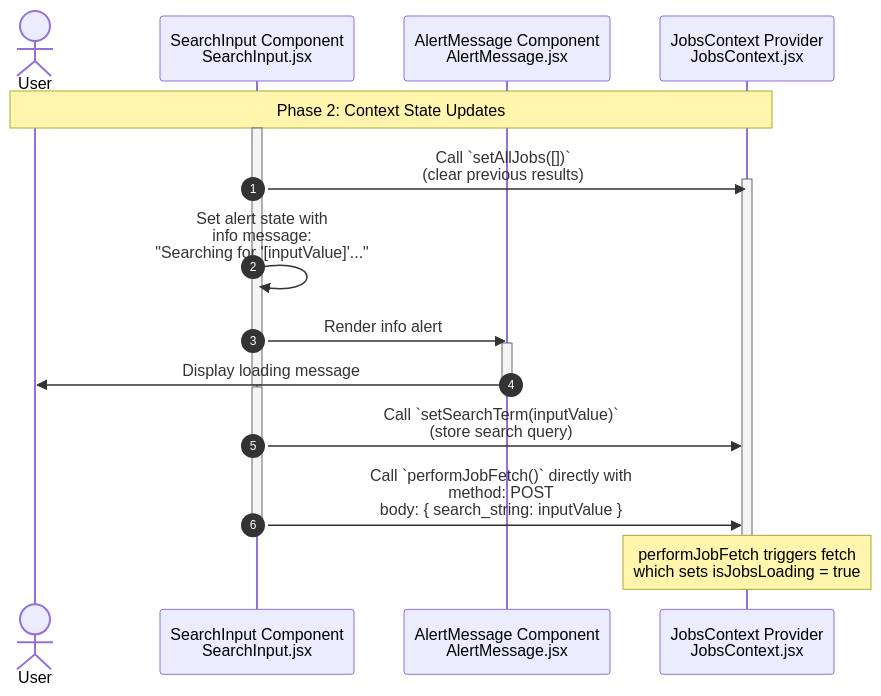
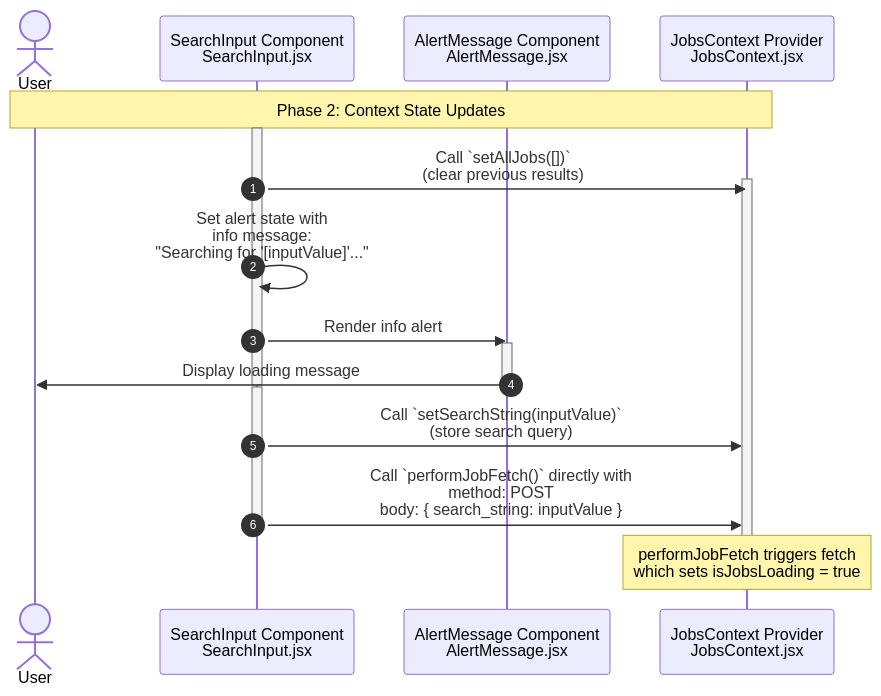
One commit to YahyaAl-Ademi/2025.10.23-JobCompass changed the diagram in documentation/jobFetch/2.Context State Updates.md. Above: the diagram before and after it, drawn with Mermaid. The commit also changed 4 other files, not shown here.

Commit message:
Refactor search terminology: rename 'searchTerm' to 'searchString' for consistency across components and documentation

````diff
--- a/documentation/jobFetch/2.Context State Updates.md
+++ b/documentation/jobFetch/2.Context State Updates.md
@@ -7,37 +7,37 @@
 ```mermaid
 sequenceDiagram
     autonumber
     actor User
     %% File paths:
     %% SearchInput: client/src/components/SearchInput/SearchInput.jsx
     %% AlertMessage: client/src/components/AlertMessage/AlertMessage.jsx
     %% JobsContext: client/src/context/JobsContext.jsx
     participant SearchInput as SearchInput Component<br/>SearchInput.jsx
     participant AlertMessage as AlertMessage Component<br/>AlertMessage.jsx
     participant JobsContext as JobsContext Provider<br/>JobsContext.jsx
 
     Note over User,JobsContext: Phase 2: Context State Updates
     activate SearchInput
     SearchInput->>JobsContext: Call `setAllJobs([])`<br/>(clear previous results)
     activate JobsContext
     deactivate SearchInput
 
     activate SearchInput
     SearchInput->>SearchInput: Set alert state with<br/>info message:<br/>"Searching for '[inputValue]'..."
     SearchInput->>AlertMessage: Render info alert
     activate AlertMessage
     AlertMessage->>User: Display loading message
     deactivate AlertMessage
     deactivate SearchInput
 
     activate SearchInput
-    SearchInput->>JobsContext: Call `setSearchTerm(inputValue)`<br/>(store search query)
+    SearchInput->>JobsContext: Call `setSearchString(inputValue)`<br/>(store search query)
     deactivate SearchInput
 
     activate SearchInput
     SearchInput->>JobsContext: Call `performJobFetch()` directly with<br/>method: POST<br/>body: { search_string: inputValue }
     deactivate SearchInput
 
     Note over JobsContext: performJobFetch triggers fetch<br/>which sets isJobsLoading = true
     deactivate JobsContext
 ```
````
